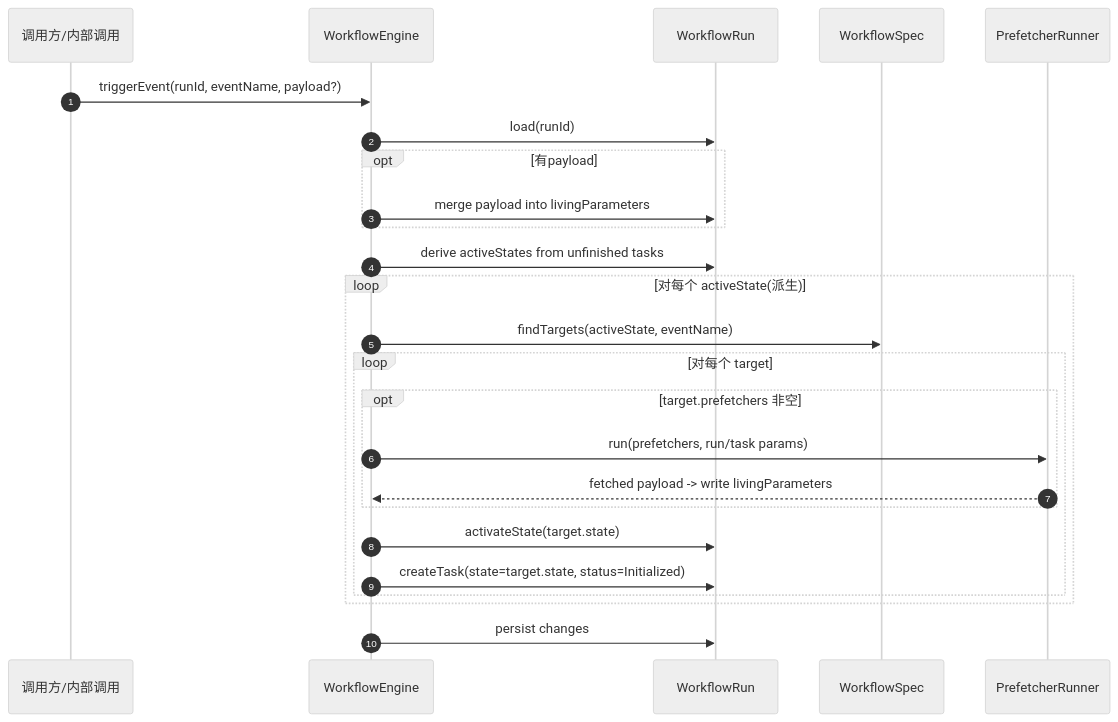
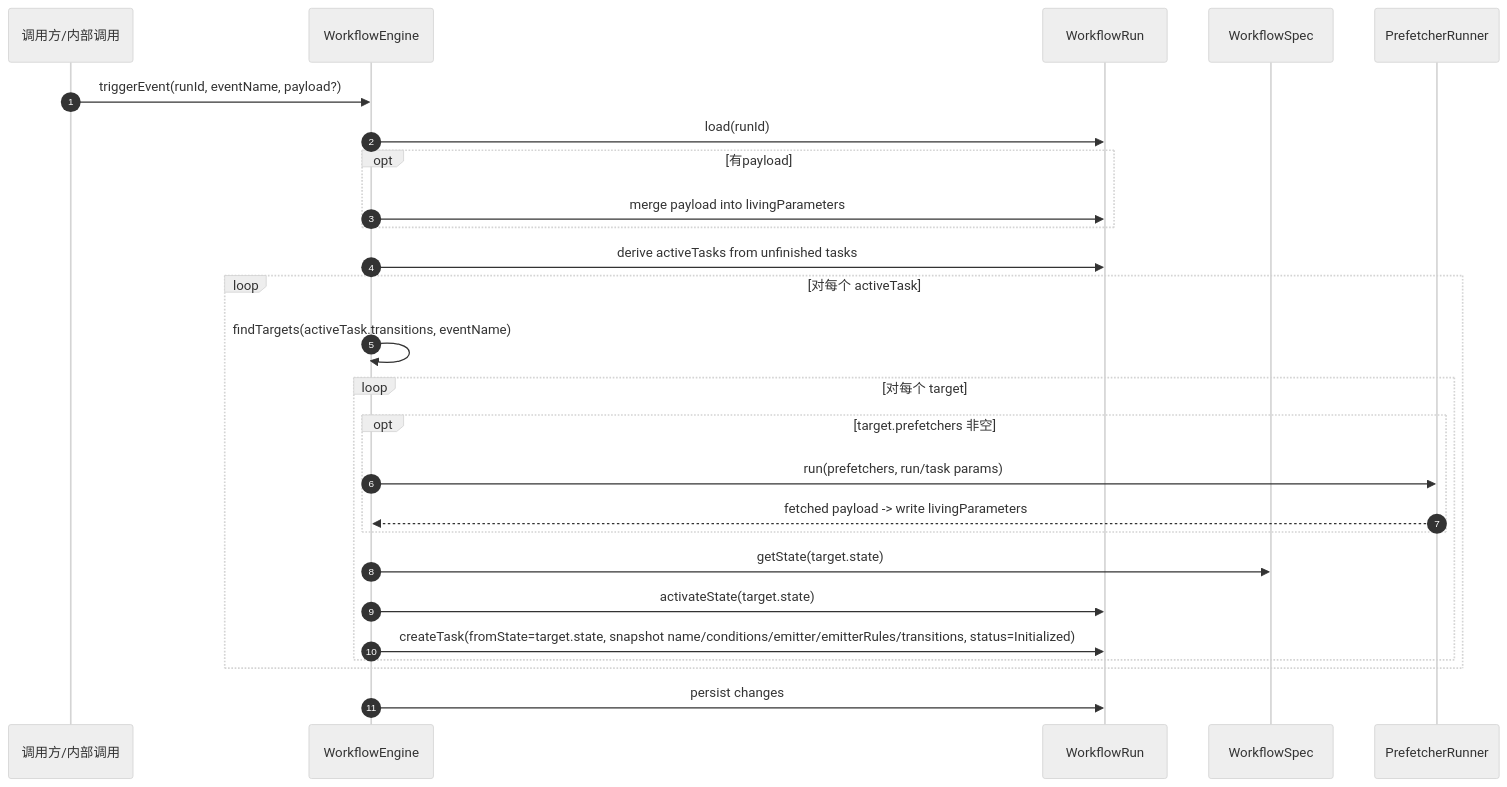
One commit to lchrennew/es-workflow changed the fifth of 8 diagrams in docs/design/20-runtime-domain.md. Above: the diagram before and after it, drawn with Mermaid (neutral theme). The commit also changed other lines of this file and 4 other files, not shown here.

````diff
--- a/docs/design/20-runtime-domain.md
+++ b/docs/design/20-runtime-domain.md
@@ -376,29 +402,30 @@
 ```mermaid
 sequenceDiagram
 autonumber
 participant Caller as 调用方/内部调用
 participant Engine as WorkflowEngine
 participant Run as WorkflowRun
 participant Spec as WorkflowSpec
 participant Pref as PrefetcherRunner
 
 Caller->>Engine: triggerEvent(runId, eventName, payload?)
 Engine->>Run: load(runId)
 opt 有payload
   Engine->>Run: merge payload into livingParameters
 end
 
-Engine->>Run: derive activeStates from unfinished tasks
-loop 对每个 activeState(派生)
-  Engine->>Spec: findTargets(activeState, eventName)
+Engine->>Run: derive activeTasks from unfinished tasks
+loop 对每个 activeTask
+  Engine->>Engine: findTargets(activeTask.transitions, eventName)
   loop 对每个 target
     opt target.prefetchers 非空
       Engine->>Pref: run(prefetchers, run/task params)
       Pref-->>Engine: fetched payload -> write livingParameters
     end
+    Engine->>Spec: getState(target.state)
     Engine->>Run: activateState(target.state)
-    Engine->>Run: createTask(state=target.state, status=Initialized)
+    Engine->>Run: createTask(fromState=target.state, snapshot name/conditions/emitter/emitterRules/transitions, status=Initialized)
   end
 end
 Engine->>Run: persist changes
 ```
````
